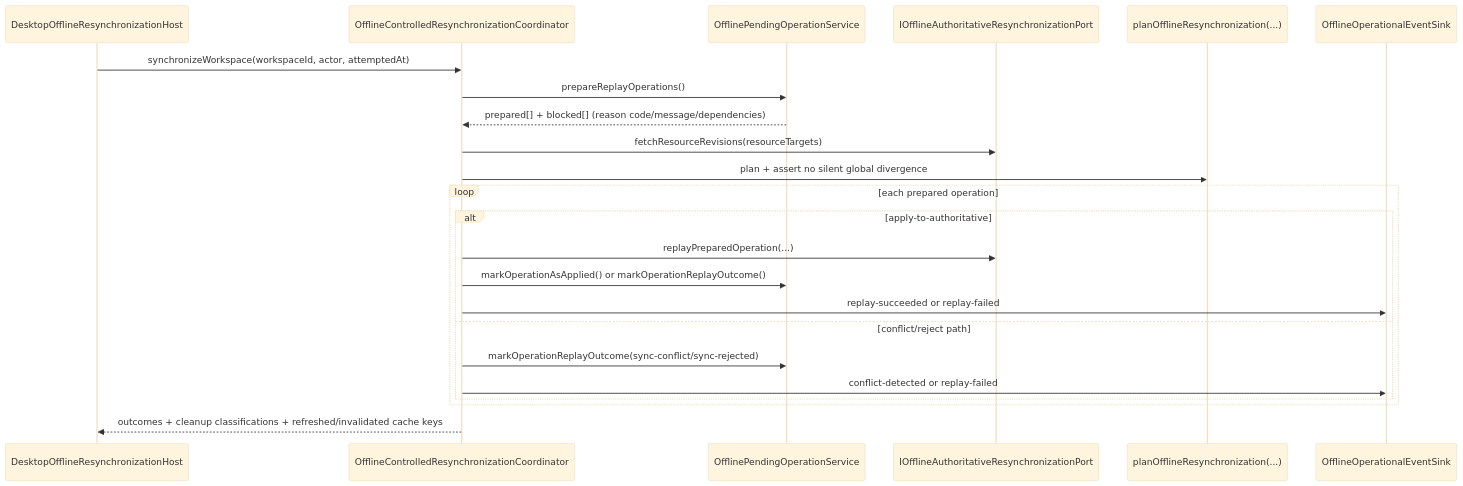
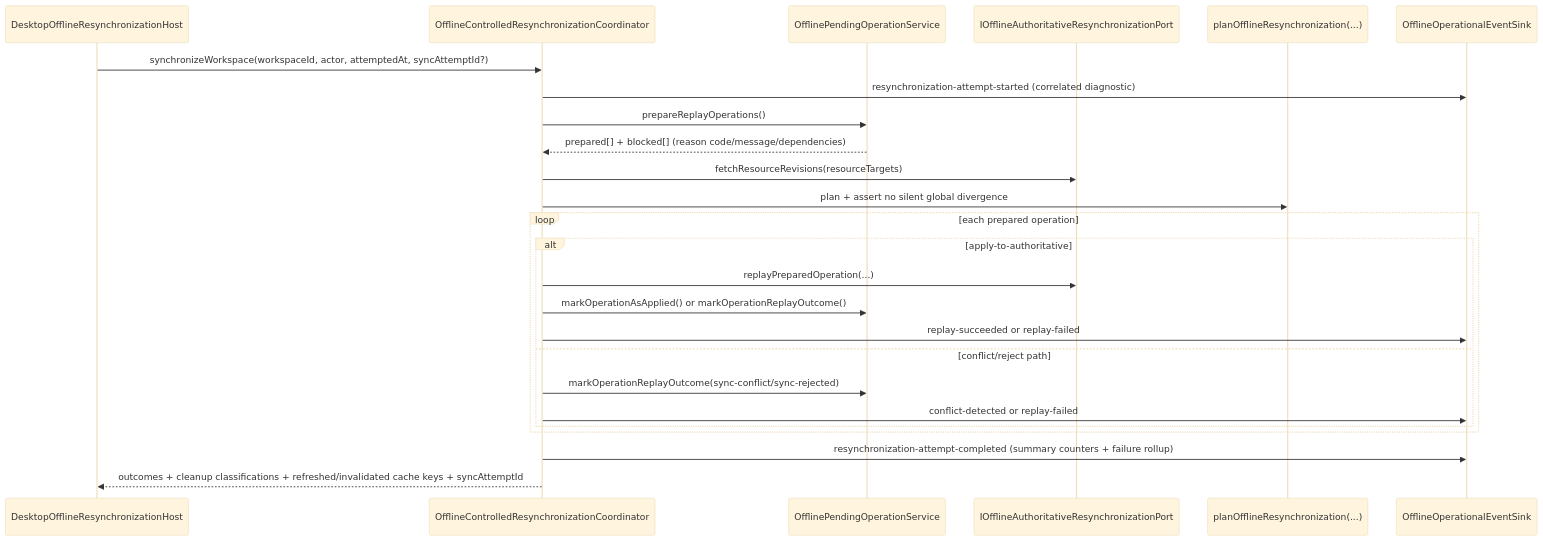
The second of 3 diagrams in docs/architecture/offline-local-mode-authority-boundaries.md (jeffreywallphd/ai-system-builder), drawn with Mermaid (base theme) before and after one commit. The commit also changed other lines of this file and 16 other files, not shown here.

````diff
--- a/docs/architecture/offline-local-mode-authority-boundaries.md
+++ b/docs/architecture/offline-local-mode-authority-boundaries.md
@@ -372,26 +375,28 @@
 ```mermaid
 sequenceDiagram
   participant Host as DesktopOfflineResynchronizationHost
   participant Coord as OfflineControlledResynchronizationCoordinator
   participant QueueSvc as OfflinePendingOperationService
   participant Auth as IOfflineAuthoritativeResynchronizationPort
   participant Planner as planOfflineResynchronization(...)
   participant Sink as OfflineOperationalEventSink
 
-  Host->>Coord: synchronizeWorkspace(workspaceId, actor, attemptedAt)
+  Host->>Coord: synchronizeWorkspace(workspaceId, actor, attemptedAt, syncAttemptId?)
+  Coord->>Sink: resynchronization-attempt-started (correlated diagnostic)
   Coord->>QueueSvc: prepareReplayOperations()
   QueueSvc-->>Coord: prepared[] + blocked[] (reason code/message/dependencies)
   Coord->>Auth: fetchResourceRevisions(resourceTargets)
   Coord->>Planner: plan + assert no silent global divergence
   loop each prepared operation
     alt apply-to-authoritative
       Coord->>Auth: replayPreparedOperation(...)
       Coord->>QueueSvc: markOperationAsApplied() or markOperationReplayOutcome()
       Coord->>Sink: replay-succeeded or replay-failed
     else conflict/reject path
       Coord->>QueueSvc: markOperationReplayOutcome(sync-conflict/sync-rejected)
       Coord->>Sink: conflict-detected or replay-failed
     end
   end
-  Coord-->>Host: outcomes + cleanup classifications + refreshed/invalidated cache keys
+  Coord->>Sink: resynchronization-attempt-completed (summary counters + failure rollup)
+  Coord-->>Host: outcomes + cleanup classifications + refreshed/invalidated cache keys + syncAttemptId
 ```
````
